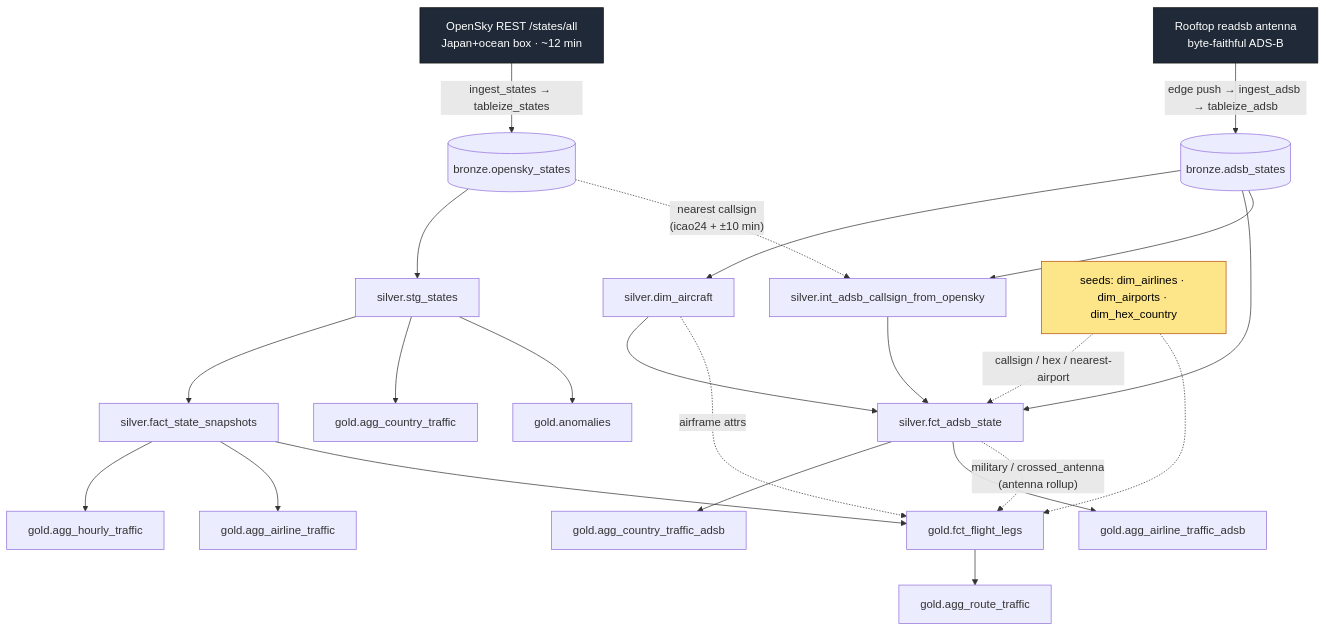
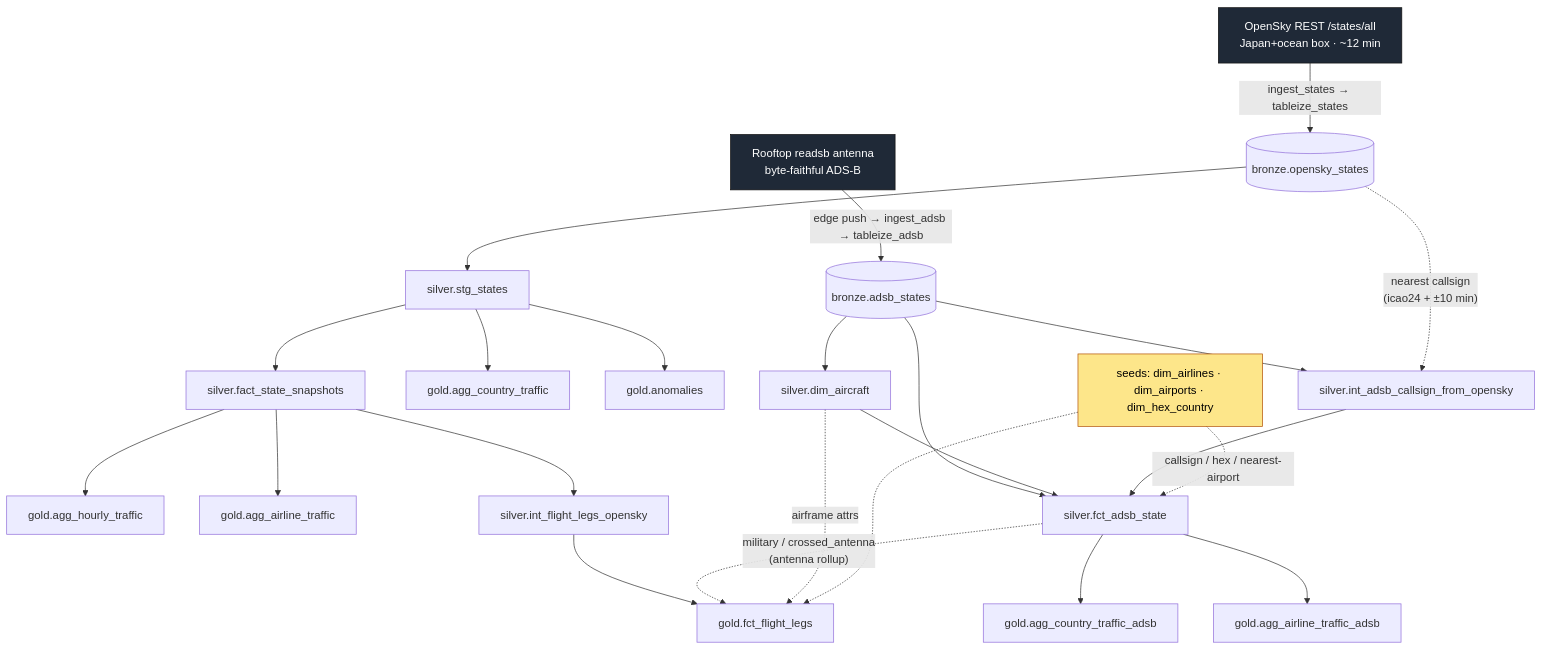
One commit to LaughingKuma/sancha1090 changed the first of 2 diagrams in docs/datalake.md. Above: the diagram before and after it, drawn with Mermaid. The commit also changed other lines of this file and 36 other files, not shown here.

````diff
--- a/docs/datalake.md
+++ b/docs/datalake.md
@@ -42,40 +45,40 @@
 ```mermaid
 flowchart TD
     OSK["OpenSky REST /states/all<br/>Japan+ocean box · ~12 min"]:::feed
     ANT["Rooftop readsb antenna<br/>byte-faithful ADS-B"]:::feed
 
     OSK -->|"ingest_states → tableize_states"| BOS[("bronze.opensky_states")]
     ANT -->|"edge push → ingest_adsb → tableize_adsb"| BAS[("bronze.adsb_states")]
 
     %% ---- OpenSky context track: transform_marts (--exclude tag:adsb tag:flights) ----
     BOS --> STG["silver.stg_states"]
     STG --> FSS["silver.fact_state_snapshots"]
     STG --> ACT["gold.agg_country_traffic"]
     STG --> ANO["gold.anomalies"]
     FSS --> AHT["gold.agg_hourly_traffic"]
     FSS --> AAT["gold.agg_airline_traffic"]
-    FSS --> FFL["gold.fct_flight_legs"]
-    FFL --> ART["gold.agg_route_traffic"]
+    FSS --> ILO["silver.int_flight_legs_opensky"]
+    ILO --> FFL["gold.fct_flight_legs"]
 
     %% ---- rooftop track: transform_adsb_silver (--select tag:adsb) ----
     BAS --> DAC["silver.dim_aircraft"]
     BAS --> FAS["silver.fct_adsb_state"]
     BAS --> CBF["silver.int_adsb_callsign_from_opensky"]
     DAC --> FAS
     CBF --> FAS
     FAS --> ACTA["gold.agg_country_traffic_adsb"]
     FAS --> AATA["gold.agg_airline_traffic_adsb"]
 
     %% ---- cross-feed fusion ----
     FAS -. "military / crossed_antenna<br/>(antenna rollup)" .-> FFL
     DAC -. "airframe attrs" .-> FFL
     BOS -. "nearest callsign<br/>(icao24 + ±10 min)" .-> CBF
 
     %% ---- conformed dim seeds (rooftop DAG seeds them) ----
     SEED["seeds: dim_airlines · dim_airports · dim_hex_country"]:::seed
     SEED -. "callsign / hex / nearest-airport" .-> FAS
     SEED -.-> FFL
 
     classDef feed fill:#1f2937,color:#fff,stroke:#111;
     classDef seed fill:#fde68a,color:#000,stroke:#b45309;
 ```
````
